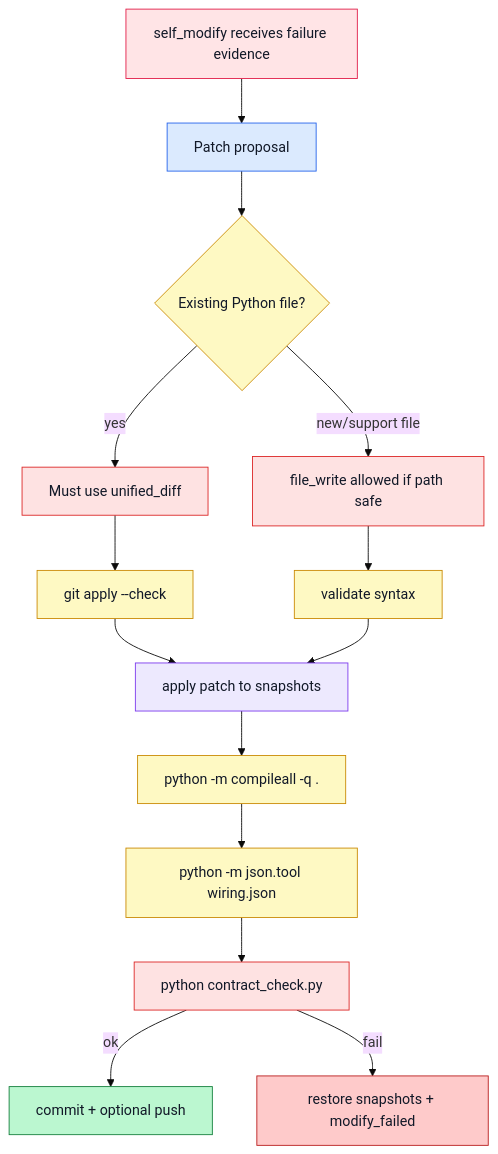
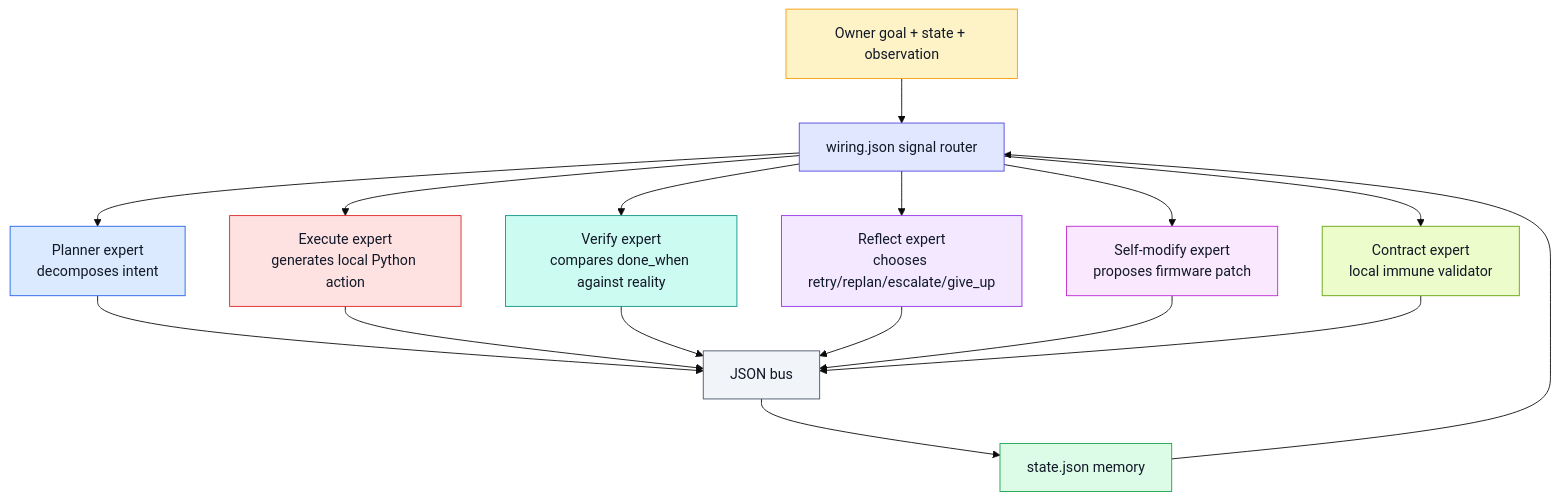
The fourth of 4 diagrams in README.md (wgabrys88/endgame-ai), drawn with Mermaid (base theme) before and after one commit. The commit also changed other lines of this file, not shown here.

Commit message:
Notepad OK Immune System applied

````diff
--- a/README.md
+++ b/README.md
@@ -482,24 +472,31 @@
 ```mermaid
-flowchart TD
-    A[self_modify receives failure evidence]:::evolve --> B[Patch proposal]:::brain
-    B --> C{Existing Python file?}:::gate
-    C -->|yes| D[Must use unified_diff]:::immune
-    C -->|new/support file| E[file_write allowed if path safe]:::immune
-    D --> F[git apply --check]:::gate
-    E --> G[validate syntax]:::gate
-    F --> H[apply patch to snapshots]:::body
-    G --> H
-    H --> I[python -m compileall -q .]:::gate
-    I --> J[python -m json.tool wiring.json]:::gate
-    J --> K[python contract_check.py]:::immune
-    K -->|ok| L[commit + optional push]:::good
-    K -->|fail| M[restore snapshots + modify_failed]:::bad
+flowchart TB
+    Input["Owner goal + state + observation"]:::input --> Router["wiring.json signal router"]:::router
 
-    classDef evolve fill:#ffe4e6,stroke:#e11d48,color:#111827;
-    classDef brain fill:#dbeafe,stroke:#2563eb,color:#111827;
-    classDef gate fill:#fef9c3,stroke:#ca8a04,color:#111827;
-    classDef immune fill:#fee2e2,stroke:#dc2626,color:#111827;
-    classDef body fill:#ede9fe,stroke:#7c3aed,color:#111827;
-    classDef good fill:#bbf7d0,stroke:#15803d,color:#111827;
-    classDef bad fill:#fecaca,stroke:#b91c1c,color:#111827;
+    Router --> Planner["Planner expert<br/>decomposes intent"]:::planner
+    Router --> Execute["Execute expert<br/>generates local Python action"]:::execute
+    Router --> Verify["Verify expert<br/>compares done_when against reality"]:::verify
+    Router --> Reflect["Reflect expert<br/>chooses retry/replan/escalate/give_up"]:::reflect
+    Router --> SelfModify["Self-modify expert<br/>proposes firmware patch"]:::selfmod
+    Router --> Contract["Contract expert<br/>local immune validator"]:::immune
+
+    Planner --> Bus["JSON bus"]:::bus
+    Execute --> Bus
+    Verify --> Bus
+    Reflect --> Bus
+    SelfModify --> Bus
+    Contract --> Bus
+    Bus --> State["state.json memory"]:::state
+    State --> Router
+
+    classDef input fill:#fef3c7,stroke:#f59e0b,color:#111827;
+    classDef router fill:#e0e7ff,stroke:#4f46e5,color:#111827;
+    classDef planner fill:#dbeafe,stroke:#2563eb,color:#111827;
+    classDef execute fill:#fee2e2,stroke:#dc2626,color:#111827;
+    classDef verify fill:#ccfbf1,stroke:#0d9488,color:#111827;
+    classDef reflect fill:#f3e8ff,stroke:#9333ea,color:#111827;
+    classDef selfmod fill:#fae8ff,stroke:#c026d3,color:#111827;
+    classDef immune fill:#ecfccb,stroke:#65a30d,color:#111827;
+    classDef bus fill:#f1f5f9,stroke:#475569,color:#111827;
+    classDef state fill:#dcfce7,stroke:#16a34a,color:#111827;
 ```
````
